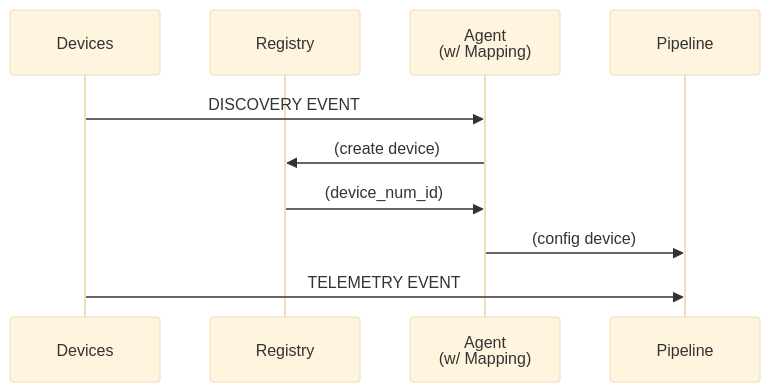
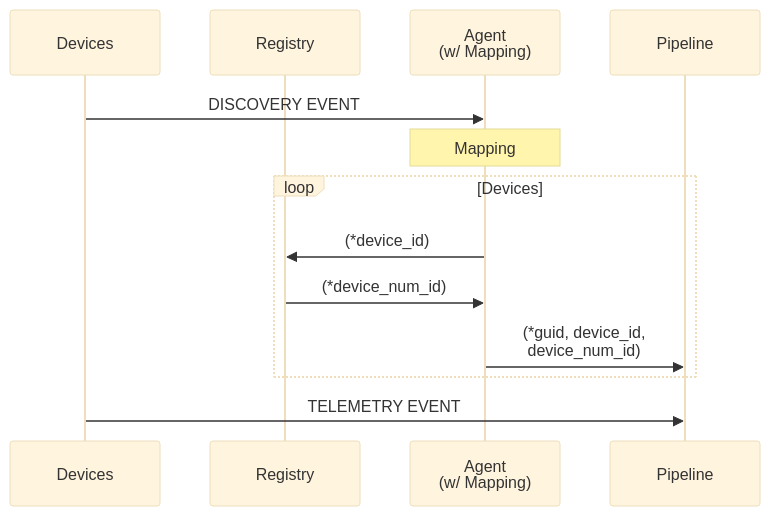
One commit to faucetsdn/udmi changed the diagram in docs/specs/provisioning.md. Above: the diagram before and after it, drawn with Mermaid (base theme). The commit also changed 2 other files, not shown here.

````diff
--- a/docs/specs/provisioning.md
+++ b/docs/specs/provisioning.md
@@ -13,13 +13,16 @@
 ```mermaid
 sequenceDiagram
   %%{wrap}%%
   participant Devices
   participant Registry
   participant Agent as Agent<br/>(w/ Mapping)
   participant Pipeline
   Devices->>Agent: DISCOVERY EVENT
-  Agent->>Registry: (create device)
-  Registry->>Agent: (device_num_id)
-  Agent->>Pipeline: (config device)
+  Note over Agent: Mapping
+  loop Devices
+    Agent->>Registry: (*device_id)
+    Registry->>Agent: (*device_num_id)
+    Agent->>Pipeline: (*guid, device_id, device_num_id)
+  end
   Devices->>Pipeline: TELEMETRY EVENT
 ```
````
